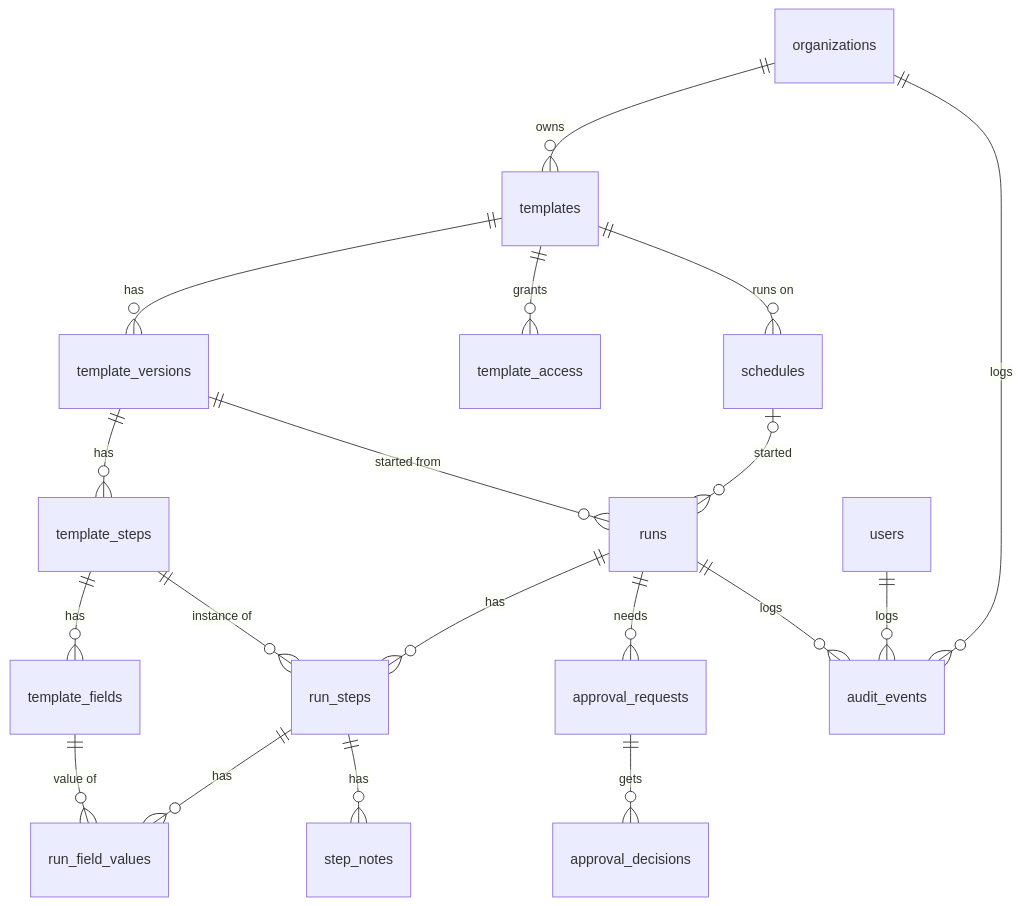
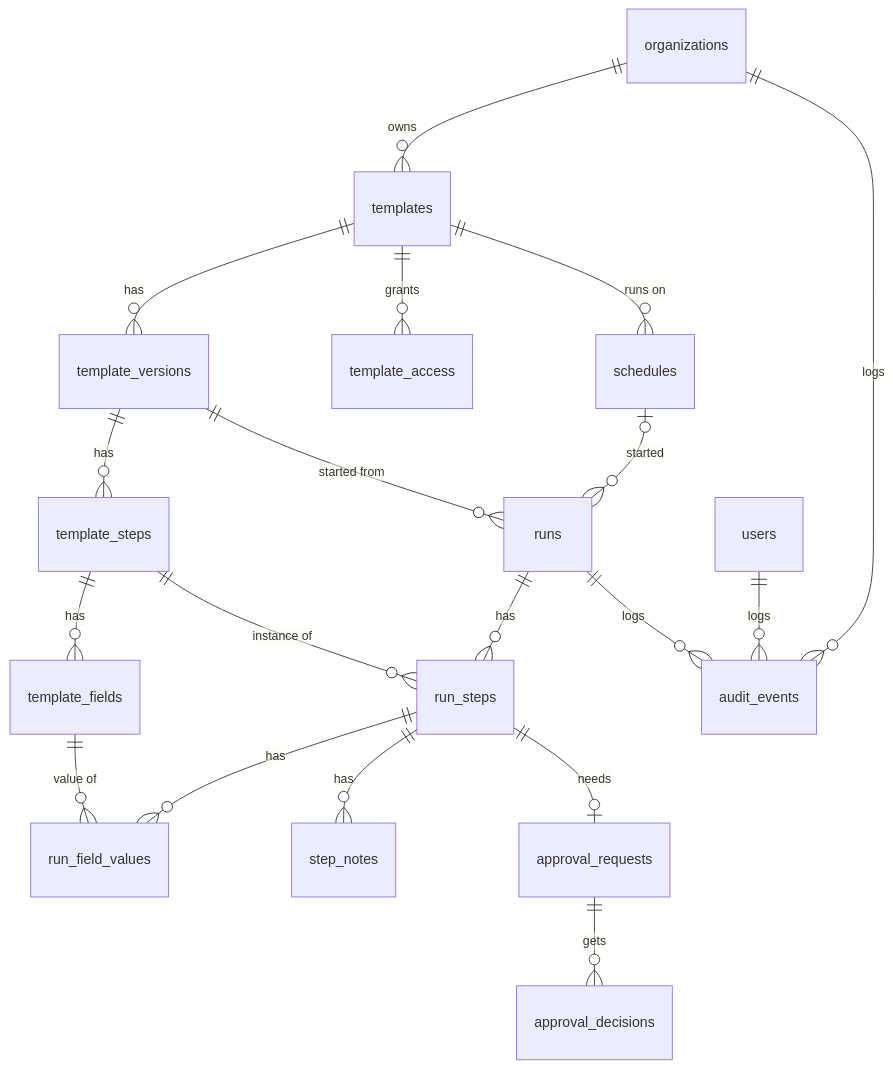
The diagram in docs/plans/db-structure.md (binaryoverload/checklog), drawn with Mermaid before and after one commit. The commit also changed other lines of this file and 7 other files, not shown here.

Commit message:
feat(api): approvals schema

````diff
--- a/docs/plans/db-structure.md
+++ b/docs/plans/db-structure.md
@@ -134,21 +134,21 @@
 ```mermaid
 erDiagram
   organizations ||--o{ templates : owns
   templates ||--o{ template_versions : has
   template_versions ||--o{ template_steps : has
   template_steps ||--o{ template_fields : has
   templates ||--o{ template_access : grants
   templates ||--o{ schedules : "runs on"
   template_versions ||--o{ runs : "started from"
   schedules |o--o{ runs : started
   runs ||--o{ run_steps : has
   template_steps ||--o{ run_steps : "instance of"
   run_steps ||--o{ run_field_values : has
   template_fields ||--o{ run_field_values : "value of"
   run_steps ||--o{ step_notes : has
-  runs ||--o{ approval_requests : needs
+  run_steps ||--o| approval_requests : needs
   approval_requests ||--o{ approval_decisions : gets
   organizations ||--o{ audit_events : logs
   runs ||--o{ audit_events : logs
   users ||--o{ audit_events : logs
 ```
````
